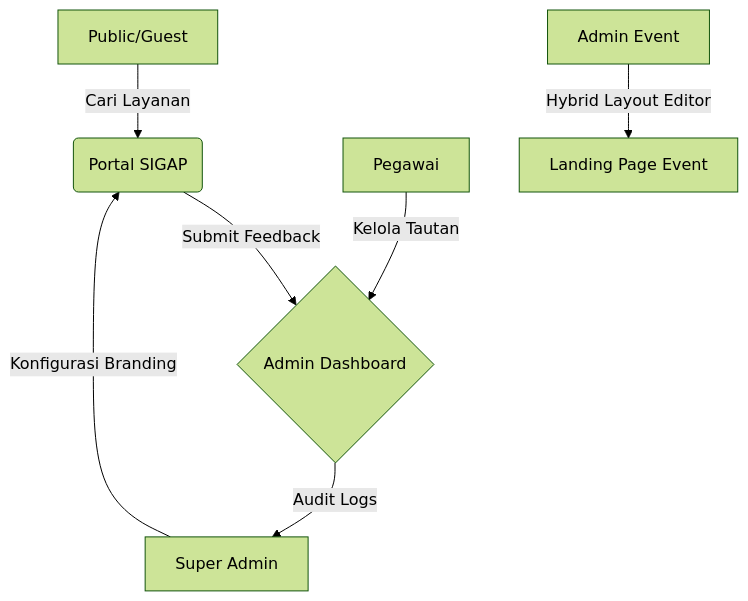
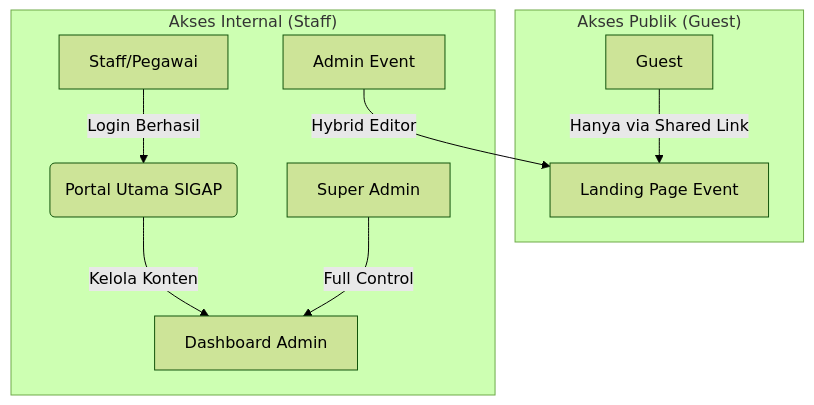
Before and after one commit to jarga99/Sigap_laravel: the first of 2 diagrams in README.md, drawn with Mermaid (forest theme). The commit also changed 12 other files, not shown here.

First line of the commit message:
feat: implement strict internal security, role hardening, and enhanced event editor with sharing

````diff
--- a/README.md
+++ b/README.md
@@ -22,9 +22,13 @@
 ```mermaid
 graph TD
-    A[Public/Guest] -->|Cari Layanan| B(Portal SIGAP)
-    B -->|Submit Feedback| C{Admin Dashboard}
-    D[Pegawai] -->|Kelola Tautan| C
-    E[Admin Event] -->|Hybrid Layout Editor| F[Landing Page Event]
-    C -->|Audit Logs| G[Super Admin]
-    G -->|Konfigurasi Branding| B
+    subgraph "Akses Publik (Guest)"
+        G[Guest] -->|Hanya via Shared Link| E[Landing Page Event]
+    end
+
+    subgraph "Akses Internal (Staff)"
+        P[Staff/Pegawai] -->|Login Berhasil| PT(Portal Utama SIGAP)
+        PT -->|Kelola Konten| D[Dashboard Admin]
+        AE[Admin Event] -->|Hybrid Editor| E
+        SA[Super Admin] -->|Full Control| D
+    end
 ```
````
